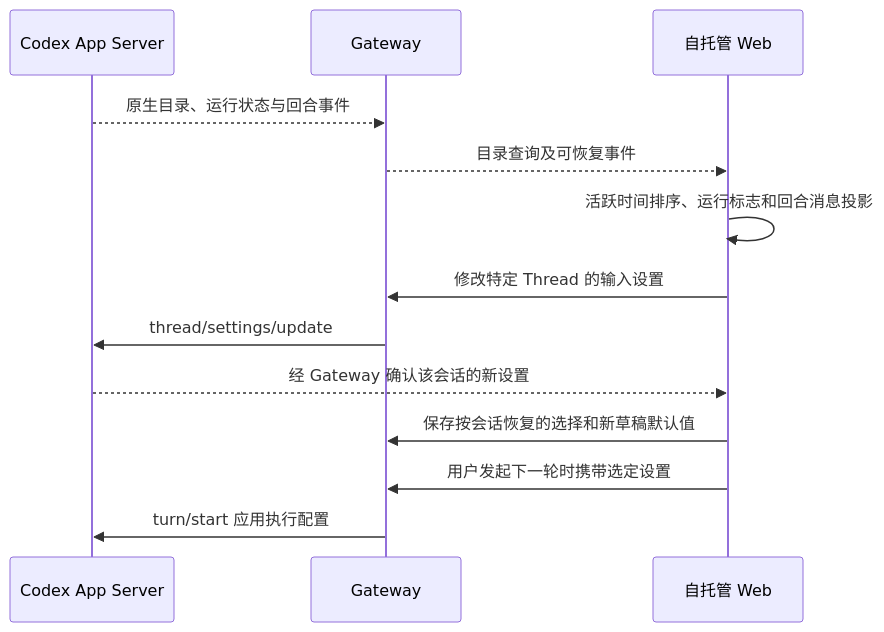
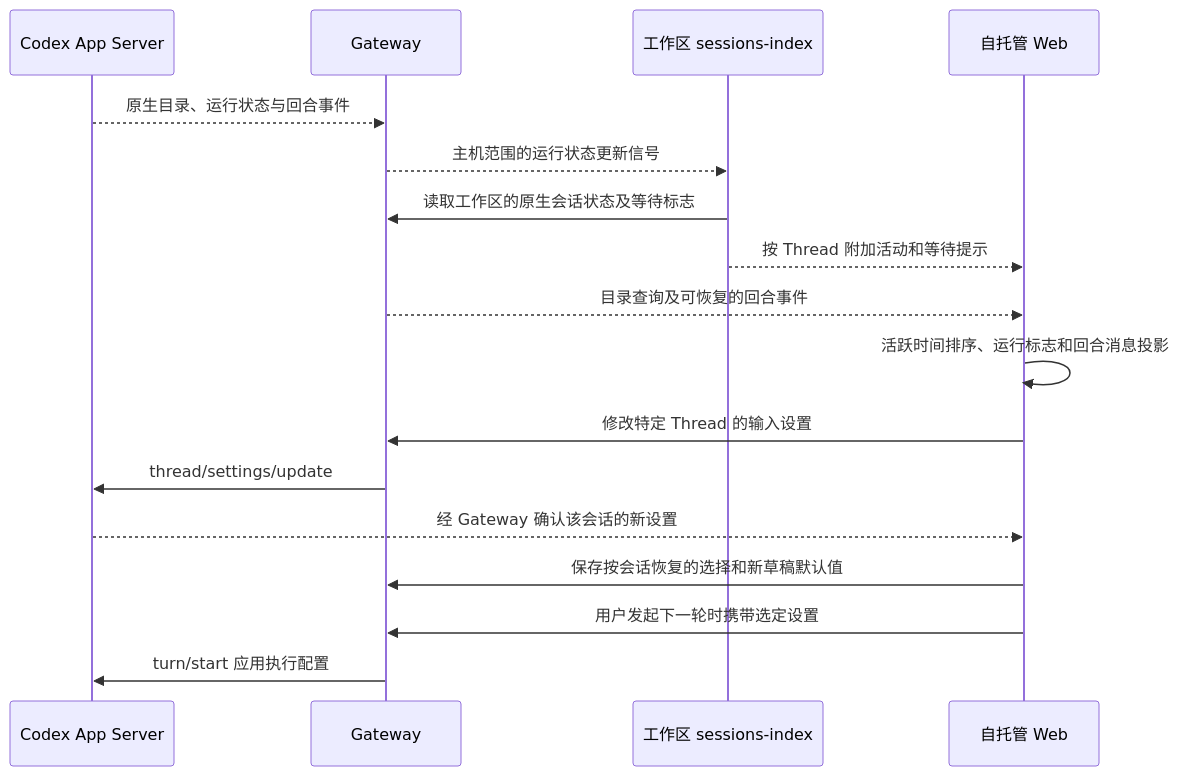
One commit to LiangLiang723/codex-web changed diagram 12 of 22 in specs/selfhost-codex/README.md. Above: the diagram before and after it, drawn with Mermaid. The commit also changed other lines of this file and 3 other files, not shown here.

````diff
--- a/specs/selfhost-codex/README.md
+++ b/specs/selfhost-codex/README.md
@@ -400,15 +400,19 @@
 ```mermaid
 sequenceDiagram
     participant C as Codex App Server
     participant G as Gateway
+    participant I as 工作区 sessions-index
     participant W as 自托管 Web
     C-->>G: 原生目录、运行状态与回合事件
-    G-->>W: 目录查询及可恢复事件
+    G-->>I: 主机范围的运行状态更新信号
+    I->>G: 读取工作区的原生会话状态及等待标志
+    I-->>W: 按 Thread 附加活动和等待提示
+    G-->>W: 目录查询及可恢复的回合事件
     W->>W: 活跃时间排序、运行标志和回合消息投影
     W->>G: 修改特定 Thread 的输入设置
     G->>C: thread/settings/update
     C-->>W: 经 Gateway 确认该会话的新设置
     W->>G: 保存按会话恢复的选择和新草稿默认值
     W->>G: 用户发起下一轮时携带选定设置
     G->>C: turn/start 应用执行配置
 ```
````
